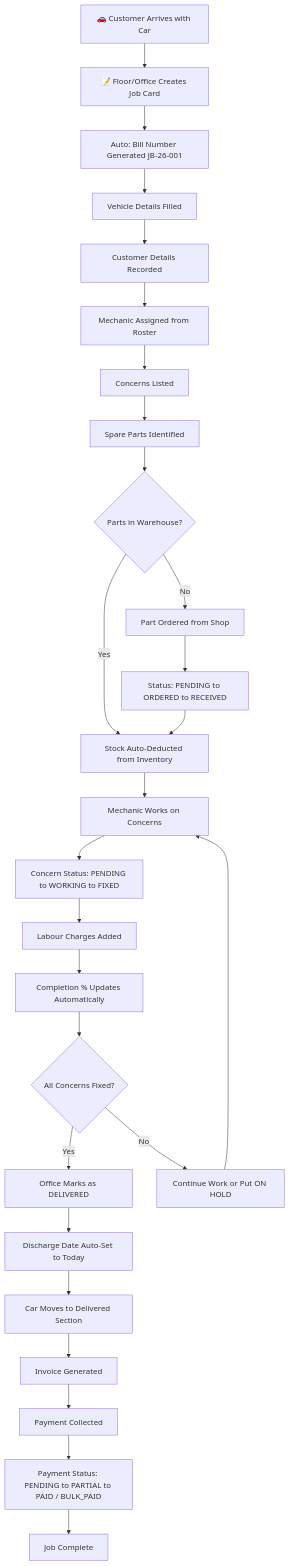
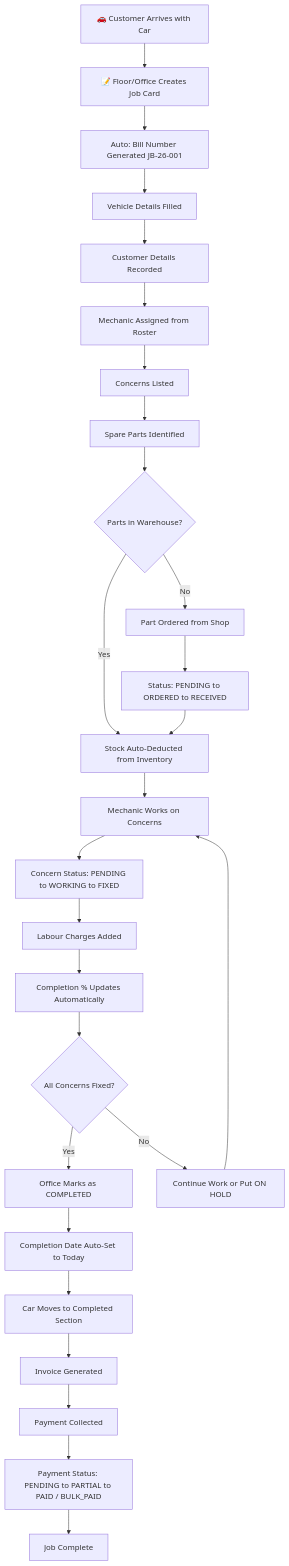
The first of 2 diagrams in OPERATIONAL_BLUEPRINT.md (Irshaduu/WorkshopOS), drawn with Mermaid before and after one commit. The commit also changed other lines of this file and 39 other files, not shown here.

First line of the commit message:
refactor: rename job-card "Delivered" status to "Completed"; fix bill-number sequencing past 999

````diff
--- a/OPERATIONAL_BLUEPRINT.md
+++ b/OPERATIONAL_BLUEPRINT.md
@@ -14,33 +14,33 @@
 ```mermaid
 graph TD
     A["🚗 Customer Arrives with Car"] --> B["📝 Floor/Office Creates Job Card"]
     B --> C["Auto: Bill Number Generated JB-26-001"]
     C --> D["Vehicle Details Filled"]
     D --> E["Customer Details Recorded"]
     E --> F["Mechanic Assigned from Roster"]
     F --> G["Concerns Listed"]
     G --> H["Spare Parts Identified"]
 
     H --> I{"Parts in Warehouse?"}
     I -->|"Yes"| J["Stock Auto-Deducted from Inventory"]
     I -->|"No"| K["Part Ordered from Shop"]
     K --> L["Status: PENDING to ORDERED to RECEIVED"]
     L --> J
 
     J --> M["Mechanic Works on Concerns"]
     M --> N["Concern Status: PENDING to WORKING to FIXED"]
     N --> O["Labour Charges Added"]
     O --> P["Completion % Updates Automatically"]
 
     P --> Q{"All Concerns Fixed?"}
-    Q -->|"Yes"| R["Office Marks as DELIVERED"]
+    Q -->|"Yes"| R["Office Marks as COMPLETED"]
     Q -->|"No"| S["Continue Work or Put ON HOLD"]
     S --> M
 
-    R --> T["Discharge Date Auto-Set to Today"]
-    T --> U["Car Moves to Delivered Section"]
+    R --> T["Completion Date Auto-Set to Today"]
+    T --> U["Car Moves to Completed Section"]
     U --> V["Invoice Generated"]
     V --> W["Payment Collected"]
     W --> X["Payment Status: PENDING to PARTIAL to PAID / BULK_PAID"]
     X --> Y["Job Complete"]
 ```
````
